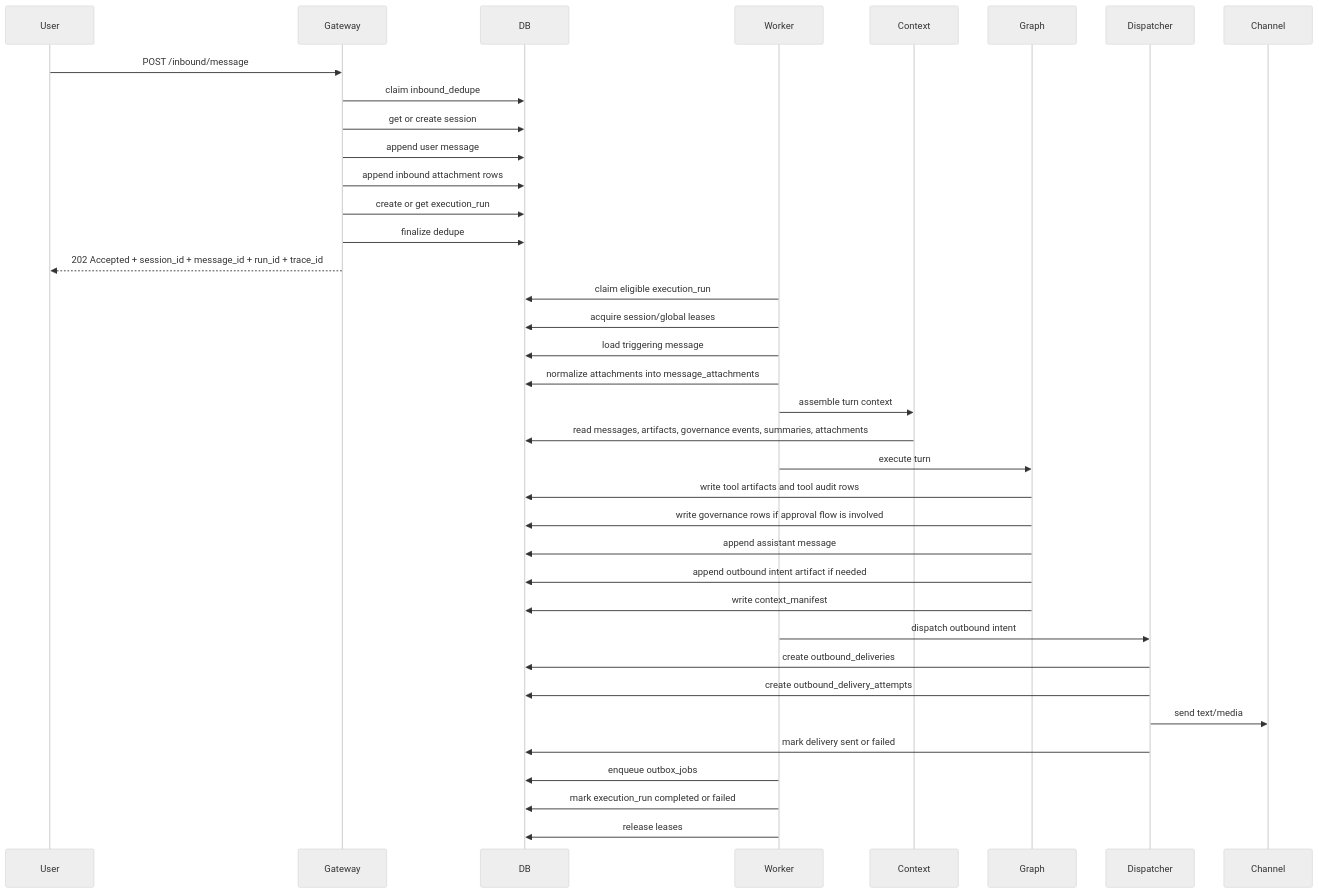
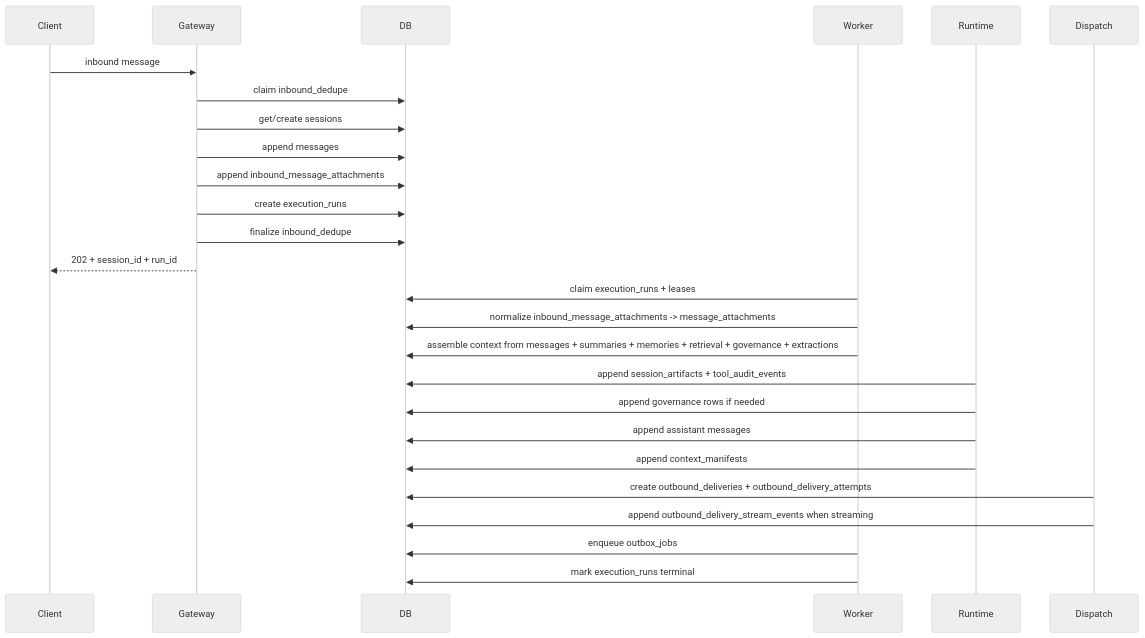
Before and after one commit to scott5252/python-claw: the second of 2 diagrams in docs/Database.md, drawn with Mermaid (neutral theme). The commit also changed other lines of this file and 2 other files, not shown here.

````diff
--- a/docs/Database.md
+++ b/docs/Database.md
@@ -132,45 +1003,30 @@
 ```mermaid
 sequenceDiagram
-    participant User
+    participant Client
     participant Gateway
     participant DB
     participant Worker
-    participant Context
-    participant Graph
-    participant Dispatcher
-    participant Channel
+    participant Runtime
+    participant Dispatch
 
-    User->>Gateway: POST /inbound/message
+    Client->>Gateway: inbound message
     Gateway->>DB: claim inbound_dedupe
-    Gateway->>DB: get or create session
-    Gateway->>DB: append user message
-    Gateway->>DB: append inbound attachment rows
-    Gateway->>DB: create or get execution_run
-    Gateway->>DB: finalize dedupe
-    Gateway-->>User: 202 Accepted + session_id + message_id + run_id + trace_id
+    Gateway->>DB: get/create sessions
+    Gateway->>DB: append messages
+    Gateway->>DB: append inbound_message_attachments
+    Gateway->>DB: create execution_runs
+    Gateway->>DB: finalize inbound_dedupe
+    Gateway-->>Client: 202 + session_id + run_id
 
-    Worker->>DB: claim eligible execution_run
-    Worker->>DB: acquire session/global leases
-    Worker->>DB: load triggering message
-    Worker->>DB: normalize attachments into message_attachments
-
-    Worker->>Context: assemble turn context
-    Context->>DB: read messages, artifacts, governance events, summaries, attachments
-
-    Worker->>Graph: execute turn
-    Graph->>DB: write tool artifacts and tool audit rows
-    Graph->>DB: write governance rows if approval flow is involved
-    Graph->>DB: append assistant message
-    Graph->>DB: append outbound intent artifact if needed
-    Graph->>DB: write context_manifest
-
-    Worker->>Dispatcher: dispatch outbound intent
-    Dispatcher->>DB: create outbound_deliveries
-    Dispatcher->>DB: create outbound_delivery_attempts
-    Dispatcher->>Channel: send text/media
-    Dispatcher->>DB: mark delivery sent or failed
-
+    Worker->>DB: claim execution_runs + leases
+    Worker->>DB: normalize inbound_message_attachments -> message_attachments
+    Worker->>DB: assemble context from messages + summaries + memories + retrieval + governance + extractions
+    Runtime->>DB: append session_artifacts + tool_audit_events
+    Runtime->>DB: append governance rows if needed
+    Runtime->>DB: append assistant messages
+    Runtime->>DB: append context_manifests
+    Dispatch->>DB: create outbound_deliveries + outbound_delivery_attempts
+    Dispatch->>DB: append outbound_delivery_stream_events when streaming
     Worker->>DB: enqueue outbox_jobs
-    Worker->>DB: mark execution_run completed or failed
-    Worker->>DB: release leases
+    Worker->>DB: mark execution_runs terminal
 ```
````
